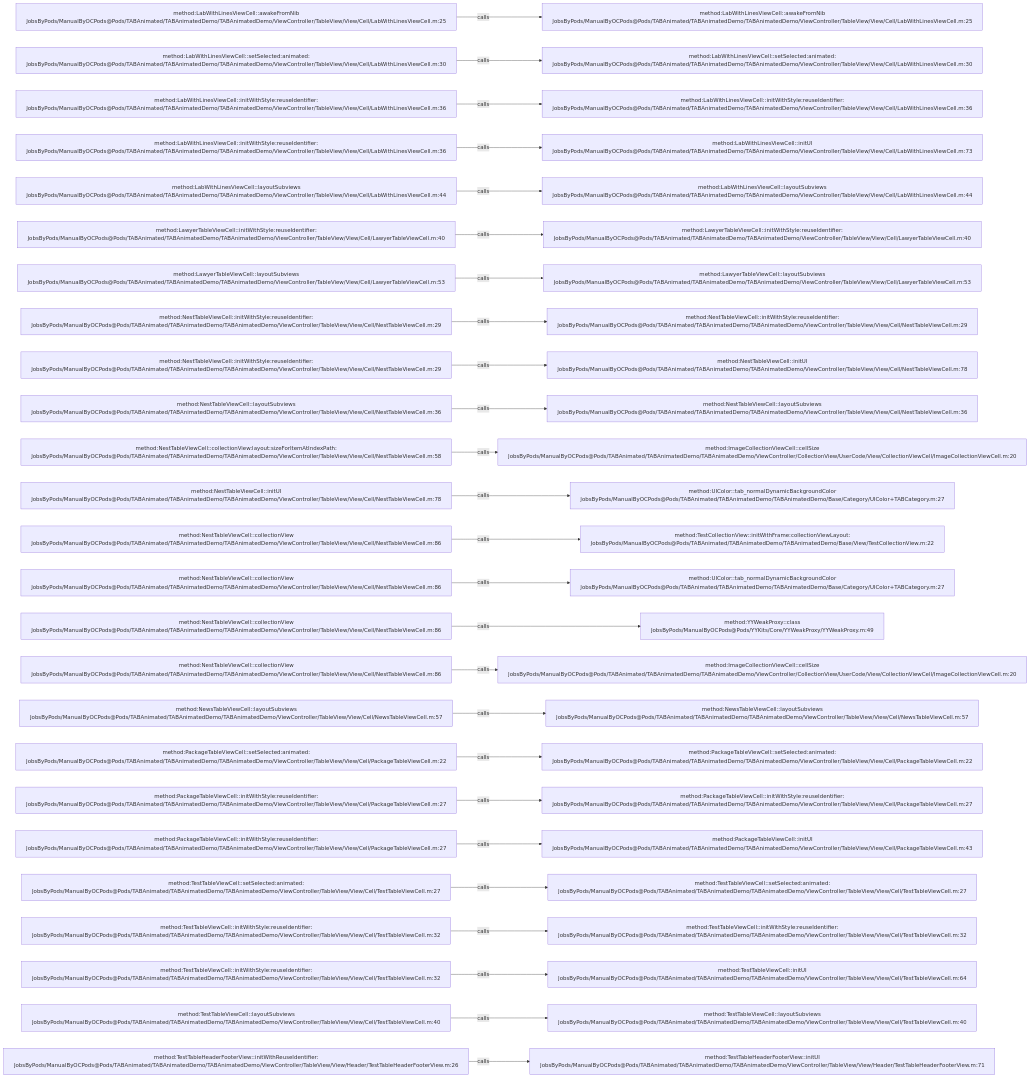
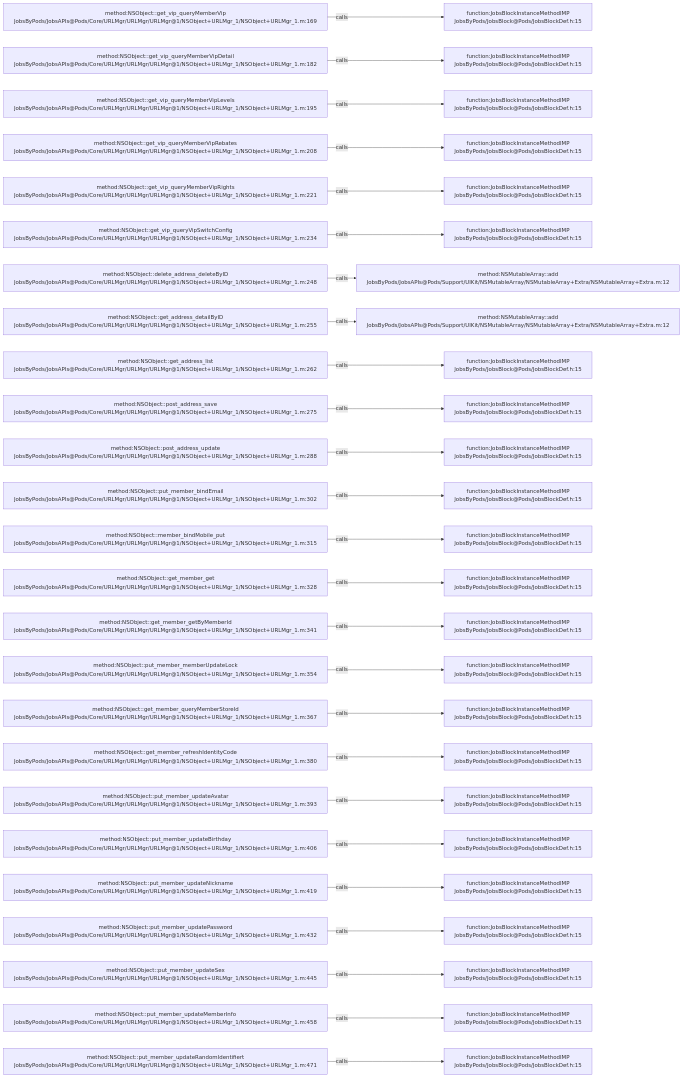
One commit to JobsKits/JobsOCBaseConfigDemo changed the diagram in .codegraph/codegraph.md/graphs/calls-054.md. Above: the diagram before and after it, drawn with Mermaid. The commit also changed 768 other files, not shown here.

````diff
--- a/.codegraph/codegraph.md/graphs/calls-054.md
+++ b/.codegraph/codegraph.md/graphs/calls-054.md
@@ -13,78 +13,78 @@
 ```mermaid
 flowchart LR
-  S1["method:LabWithLinesViewCell::awakeFromNib<br/>JobsByPods/ManualByOCPods@Pods/TABAnimated/TABAnimatedDemo/TABAnimatedDemo/ViewController/TableView/View/Cell/LabWithLinesViewCell.m:25"]
-  T1["method:LabWithLinesViewCell::awakeFromNib<br/>JobsByPods/ManualByOCPods@Pods/TABAnimated/TABAnimatedDemo/TABAnimatedDemo/ViewController/TableView/View/Cell/LabWithLinesViewCell.m:25"]
+  S1["method:NSObject::get_vip_queryMemberVip<br/>JobsByPods/JobsAPIs@Pods/Core/URLMgr/URLMgr/URLMgr@1/NSObject+URLMgr_1/NSObject+URLMgr_1.m:169"]
+  T1["function:JobsBlockInstanceMethodIMP<br/>JobsByPods/JobsBlock@Pods/JobsBlockDef.h:15"]
   S1 -->|calls| T1
-  S2["method:LabWithLinesViewCell::setSelected:animated:<br/>JobsByPods/ManualByOCPods@Pods/TABAnimated/TABAnimatedDemo/TABAnimatedDemo/ViewController/TableView/View/Cell/LabWithLinesViewCell.m:30"]
-  T2["method:LabWithLinesViewCell::setSelected:animated:<br/>JobsByPods/ManualByOCPods@Pods/TABAnimated/TABAnimatedDemo/TABAnimatedDemo/ViewController/TableView/View/Cell/LabWithLinesViewCell.m:30"]
+  S2["method:NSObject::get_vip_queryMemberVipDetail<br/>JobsByPods/JobsAPIs@Pods/Core/URLMgr/URLMgr/URLMgr@1/NSObject+URLMgr_1/NSObject+URLMgr_1.m:182"]
+  T2["function:JobsBlockInstanceMethodIMP<br/>JobsByPods/JobsBlock@Pods/JobsBlockDef.h:15"]
   S2 -->|calls| T2
-  S3["method:LabWithLinesViewCell::initWithStyle:reuseIdentifier:<br/>JobsByPods/ManualByOCPods@Pods/TABAnimated/TABAnimatedDemo/TABAnimatedDemo/ViewController/TableView/View/Cell/LabWithLinesViewCell.m:36"]
-  T3["method:LabWithLinesViewCell::initWithStyle:reuseIdentifier:<br/>JobsByPods/ManualByOCPods@Pods/TABAnimated/TABAnimatedDemo/TABAnimatedDemo/ViewController/TableView/View/Cell/LabWithLinesViewCell.m:36"]
+  S3["method:NSObject::get_vip_queryMemberVipLevels<br/>JobsByPods/JobsAPIs@Pods/Core/URLMgr/URLMgr/URLMgr@1/NSObject+URLMgr_1/NSObject+URLMgr_1.m:195"]
+  T3["function:JobsBlockInstanceMethodIMP<br/>JobsByPods/JobsBlock@Pods/JobsBlockDef.h:15"]
   S3 -->|calls| T3
-  S4["method:LabWithLinesViewCell::initWithStyle:reuseIdentifier:<br/>JobsByPods/ManualByOCPods@Pods/TABAnimated/TABAnimatedDemo/TABAnimatedDemo/ViewController/TableView/View/Cell/LabWithLinesViewCell.m:36"]
-  T4["method:LabWithLinesViewCell::initUI<br/>JobsByPods/ManualByOCPods@Pods/TABAnimated/TABAnimatedDemo/TABAnimatedDemo/ViewController/TableView/View/Cell/LabWithLinesViewCell.m:73"]
+  S4["method:NSObject::get_vip_queryMemberVipRebates<br/>JobsByPods/JobsAPIs@Pods/Core/URLMgr/URLMgr/URLMgr@1/NSObject+URLMgr_1/NSObject+URLMgr_1.m:208"]
+  T4["function:JobsBlockInstanceMethodIMP<br/>JobsByPods/JobsBlock@Pods/JobsBlockDef.h:15"]
   S4 -->|calls| T4
-  S5["method:LabWithLinesViewCell::layoutSubviews<br/>JobsByPods/ManualByOCPods@Pods/TABAnimated/TABAnimatedDemo/TABAnimatedDemo/ViewController/TableView/View/Cell/LabWithLinesViewCell.m:44"]
-  T5["method:LabWithLinesViewCell::layoutSubviews<br/>JobsByPods/ManualByOCPods@Pods/TABAnimated/TABAnimatedDemo/TABAnimatedDemo/ViewController/TableView/View/Cell/LabWithLinesViewCell.m:44"]
+  S5["method:NSObject::get_vip_queryMemberVipRights<br/>JobsByPods/JobsAPIs@Pods/Core/URLMgr/URLMgr/URLMgr@1/NSObject+URLMgr_1/NSObject+URLMgr_1.m:221"]
+  T5["function:JobsBlockInstanceMethodIMP<br/>JobsByPods/JobsBlock@Pods/JobsBlockDef.h:15"]
   S5 -->|calls| T5
-  S6["method:LawyerTableViewCell::initWithStyle:reuseIdentifier:<br/>JobsByPods/ManualByOCPods@Pods/TABAnimated/TABAnimatedDemo/TABAnimatedDemo/ViewController/TableView/View/Cell/LawyerTableViewCell.m:40"]
-  T6["method:LawyerTableViewCell::initWithStyle:reuseIdentifier:<br/>JobsByPods/ManualByOCPods@Pods/TABAnimated/TABAnimatedDemo/TABAnimatedDemo/ViewController/TableView/View/Cell/LawyerTableViewCell.m:40"]
+  S6["method:NSObject::get_vip_queryVipSwitchConfig<br/>JobsByPods/JobsAPIs@Pods/Core/URLMgr/URLMgr/URLMgr@1/NSObject+URLMgr_1/NSObject+URLMgr_1.m:234"]
+  T6["function:JobsBlockInstanceMethodIMP<br/>JobsByPods/JobsBlock@Pods/JobsBlockDef.h:15"]
   S6 -->|calls| T6
-  S7["method:LawyerTableViewCell::layoutSubviews<br/>JobsByPods/ManualByOCPods@Pods/TABAnimated/TABAnimatedDemo/TABAnimatedDemo/ViewController/TableView/View/Cell/LawyerTableViewCell.m:53"]
-  T7["method:LawyerTableViewCell::layoutSubviews<br/>JobsByPods/ManualByOCPods@Pods/TABAnimated/TABAnimatedDemo/TABAnimatedDemo/ViewController/TableView/View/Cell/LawyerTableViewCell.m:53"]
+  S7["method:NSObject::delete_address_deleteByID<br/>JobsByPods/JobsAPIs@Pods/Core/URLMgr/URLMgr/URLMgr@1/NSObject+URLMgr_1/NSObject+URLMgr_1.m:248"]
+  T7["method:NSMutableArray::add<br/>JobsByPods/JobsAPIs@Pods/Support/UIKit/NSMutableArray/NSMutableArray+Extra/NSMutableArray+Extra.m:12"]
   S7 -->|calls| T7
-  S8["method:NestTableViewCell::initWithStyle:reuseIdentifier:<br/>JobsByPods/ManualByOCPods@Pods/TABAnimated/TABAnimatedDemo/TABAnimatedDemo/ViewController/TableView/View/Cell/NestTableViewCell.m:29"]
-  T8["method:NestTableViewCell::initWithStyle:reuseIdentifier:<br/>JobsByPods/ManualByOCPods@Pods/TABAnimated/TABAnimatedDemo/TABAnimatedDemo/ViewController/TableView/View/Cell/NestTableViewCell.m:29"]
+  S8["method:NSObject::get_address_detailByID<br/>JobsByPods/JobsAPIs@Pods/Core/URLMgr/URLMgr/URLMgr@1/NSObject+URLMgr_1/NSObject+URLMgr_1.m:255"]
+  T8["method:NSMutableArray::add<br/>JobsByPods/JobsAPIs@Pods/Support/UIKit/NSMutableArray/NSMutableArray+Extra/NSMutableArray+Extra.m:12"]
   S8 -->|calls| T8
-  S9["method:NestTableViewCell::initWithStyle:reuseIdentifier:<br/>JobsByPods/ManualByOCPods@Pods/TABAnimated/TABAnimatedDemo/TABAnimatedDemo/ViewController/TableView/View/Cell/NestTableViewCell.m:29"]
-  T9["method:NestTableViewCell::initUI<br/>JobsByPods/ManualByOCPods@Pods/TABAnimated/TABAnimatedDemo/TABAnimatedDemo/ViewController/TableView/View/Cell/NestTableViewCell.m:78"]
+  S9["method:NSObject::get_address_list<br/>JobsByPods/JobsAPIs@Pods/Core/URLMgr/URLMgr/URLMgr@1/NSObject+URLMgr_1/NSObject+URLMgr_1.m:262"]
+  T9["function:JobsBlockInstanceMethodIMP<br/>JobsByPods/JobsBlock@Pods/JobsBlockDef.h:15"]
   S9 -->|calls| T9
-  S10["method:NestTableViewCell::layoutSubviews<br/>JobsByPods/ManualByOCPods@Pods/TABAnimated/TABAnimatedDemo/TABAnimatedDemo/ViewController/TableView/View/Cell/NestTableViewCell.m:36"]
-  T10["method:NestTableViewCell::layoutSubviews<br/>JobsByPods/ManualByOCPods@Pods/TABAnimated/TABAnimatedDemo/TABAnimatedDemo/ViewController/TableView/View/Cell/NestTableViewCell.m:36"]
+  S10["method:NSObject::post_address_save<br/>JobsByPods/JobsAPIs@Pods/Core/URLMgr/URLMgr/URLMgr@1/NSObject+URLMgr_1/NSObject+URLMgr_1.m:275"]
+  T10["function:JobsBlockInstanceMethodIMP<br/>JobsByPods/JobsBlock@Pods/JobsBlockDef.h:15"]
   S10 -->|calls| T10
-  S11["method:NestTableViewCell::collectionView:layout:sizeForItemAtIndexPath:<br/>JobsByPods/ManualByOCPods@Pods/TABAnimated/TABAnimatedDemo/TABAnimatedDemo/ViewController/TableView/View/Cell/NestTableViewCell.m:58"]
-  T11["method:ImageCollectionViewCell::cellSize<br/>JobsByPods/ManualByOCPods@Pods/TABAnimated/TABAnimatedDemo/TABAnimatedDemo/ViewController/CollectionView/UserCode/View/CollectionViewCell/ImageCollectionViewCell.m:20"]
+  S11["method:NSObject::post_address_update<br/>JobsByPods/JobsAPIs@Pods/Core/URLMgr/URLMgr/URLMgr@1/NSObject+URLMgr_1/NSObject+URLMgr_1.m:288"]
+  T11["function:JobsBlockInstanceMethodIMP<br/>JobsByPods/JobsBlock@Pods/JobsBlockDef.h:15"]
   S11 -->|calls| T11
-  S12["method:NestTableViewCell::initUI<br/>JobsByPods/ManualByOCPods@Pods/TABAnimated/TABAnimatedDemo/TABAnimatedDemo/ViewController/TableView/View/Cell/NestTableViewCell.m:78"]
-  T12["method:UIColor::tab_normalDynamicBackgroundColor<br/>JobsByPods/ManualByOCPods@Pods/TABAnimated/TABAnimatedDemo/TABAnimatedDemo/Base/Category/UIColor+TABCategory.m:27"]
+  S12["method:NSObject::put_member_bindEmail<br/>JobsByPods/JobsAPIs@Pods/Core/URLMgr/URLMgr/URLMgr@1/NSObject+URLMgr_1/NSObject+URLMgr_1.m:302"]
+  T12["function:JobsBlockInstanceMethodIMP<br/>JobsByPods/JobsBlock@Pods/JobsBlockDef.h:15"]
   S12 -->|calls| T12
-  S13["method:NestTableViewCell::collectionView<br/>JobsByPods/ManualByOCPods@Pods/TABAnimated/TABAnimatedDemo/TABAnimatedDemo/ViewController/TableView/View/Cell/NestTableViewCell.m:86"]
-  T13["method:TestCollectionView::initWithFrame:collectionViewLayout:<br/>JobsByPods/ManualByOCPods@Pods/TABAnimated/TABAnimatedDemo/TABAnimatedDemo/Base/View/TestCollectionView.m:22"]
+  S13["method:NSObject::member_bindMobile_put<br/>JobsByPods/JobsAPIs@Pods/Core/URLMgr/URLMgr/URLMgr@1/NSObject+URLMgr_1/NSObject+URLMgr_1.m:315"]
+  T13["function:JobsBlockInstanceMethodIMP<br/>JobsByPods/JobsBlock@Pods/JobsBlockDef.h:15"]
   S13 -->|calls| T13
-  S14["method:NestTableViewCell::collectionView<br/>JobsByPods/ManualByOCPods@Pods/TABAnimated/TABAnimatedDemo/TABAnimatedDemo/ViewController/TableView/View/Cell/NestTableViewCell.m:86"]
-  T14["method:UIColor::tab_normalDynamicBackgroundColor<br/>JobsByPods/ManualByOCPods@Pods/TABAnimated/TABAnimatedDemo/TABAnimatedDemo/Base/Category/UIColor+TABCategory.m:27"]
+  S14["method:NSObject::get_member_get<br/>JobsByPods/JobsAPIs@Pods/Core/URLMgr/URLMgr/URLMgr@1/NSObject+URLMgr_1/NSObject+URLMgr_1.m:328"]
+  T14["function:JobsBlockInstanceMethodIMP<br/>JobsByPods/JobsBlock@Pods/JobsBlockDef.h:15"]
   S14 -->|calls| T14
-  S15["method:NestTableViewCell::collectionView<br/>JobsByPods/ManualByOCPods@Pods/TABAnimated/TABAnimatedDemo/TABAnimatedDemo/ViewController/TableView/View/Cell/NestTableViewCell.m:86"]
-  T15["method:YYWeakProxy::class<br/>JobsByPods/ManualByOCPods@Pods/YYKits/Core/YYWeakProxy/YYWeakProxy.m:49"]
+  S15["method:NSObject::get_member_getByMemberId<br/>JobsByPods/JobsAPIs@Pods/Core/URLMgr/URLMgr/URLMgr@1/NSObject+URLMgr_1/NSObject+URLMgr_1.m:341"]
+  T15["function:JobsBlockInstanceMethodIMP<br/>JobsByPods/JobsBlock@Pods/JobsBlockDef.h:15"]
   S15 -->|calls| T15
-  S16["method:NestTableViewCell::collectionView<br/>JobsByPods/ManualByOCPods@Pods/TABAnimated/TABAnimatedDemo/TABAnimatedDemo/ViewController/TableView/View/Cell/NestTableViewCell.m:86"]
-  T16["method:ImageCollectionViewCell::cellSize<br/>JobsByPods/ManualByOCPods@Pods/TABAnimated/TABAnimatedDemo/TABAnimatedDemo/ViewController/CollectionView/UserCode/View/CollectionViewCell/ImageCollectionViewCell.m:20"]
+  S16["method:NSObject::put_member_memberUpdateLock<br/>JobsByPods/JobsAPIs@Pods/Core/URLMgr/URLMgr/URLMgr@1/NSObject+URLMgr_1/NSObject+URLMgr_1.m:354"]
+  T16["function:JobsBlockInstanceMethodIMP<br/>JobsByPods/JobsBlock@Pods/JobsBlockDef.h:15"]
   S16 -->|calls| T16
-  S17["method:NewsTableViewCell::layoutSubviews<br/>JobsByPods/ManualByOCPods@Pods/TABAnimated/TABAnimatedDemo/TABAnimatedDemo/ViewController/TableView/View/Cell/NewsTableViewCell.m:57"]
-  T17["method:NewsTableViewCell::layoutSubviews<br/>JobsByPods/ManualByOCPods@Pods/TABAnimated/TABAnimatedDemo/TABAnimatedDemo/ViewController/TableView/View/Cell/NewsTableViewCell.m:57"]
+  S17["method:NSObject::get_member_queryMemberStoreId<br/>JobsByPods/JobsAPIs@Pods/Core/URLMgr/URLMgr/URLMgr@1/NSObject+URLMgr_1/NSObject+URLMgr_1.m:367"]
+  T17["function:JobsBlockInstanceMethodIMP<br/>JobsByPods/JobsBlock@Pods/JobsBlockDef.h:15"]
   S17 -->|calls| T17
-  S18["method:PackageTableViewCell::setSelected:animated:<br/>JobsByPods/ManualByOCPods@Pods/TABAnimated/TABAnimatedDemo/TABAnimatedDemo/ViewController/TableView/View/Cell/PackageTableViewCell.m:22"]
-  T18["method:PackageTableViewCell::setSelected:animated:<br/>JobsByPods/ManualByOCPods@Pods/TABAnimated/TABAnimatedDemo/TABAnimatedDemo/ViewController/TableView/View/Cell/PackageTableViewCell.m:22"]
+  S18["method:NSObject::get_member_refreshIdentityCode<br/>JobsByPods/JobsAPIs@Pods/Core/URLMgr/URLMgr/URLMgr@1/NSObject+URLMgr_1/NSObject+URLMgr_1.m:380"]
+  T18["function:JobsBlockInstanceMethodIMP<br/>JobsByPods/JobsBlock@Pods/JobsBlockDef.h:15"]
   S18 -->|calls| T18
-  S19["method:PackageTableViewCell::initWithStyle:reuseIdentifier:<br/>JobsByPods/ManualByOCPods@Pods/TABAnimated/TABAnimatedDemo/TABAnimatedDemo/ViewController/TableView/View/Cell/PackageTableViewCell.m:27"]
-  T19["method:PackageTableViewCell::initWithStyle:reuseIdentifier:<br/>JobsByPods/ManualByOCPods@Pods/TABAnimated/TABAnimatedDemo/TABAnimatedDemo/ViewController/TableView/View/Cell/PackageTableViewCell.m:27"]
+  S19["method:NSObject::put_member_updateAvatar<br/>JobsByPods/JobsAPIs@Pods/Core/URLMgr/URLMgr/URLMgr@1/NSObject+URLMgr_1/NSObject+URLMgr_1.m:393"]
+  T19["function:JobsBlockInstanceMethodIMP<br/>JobsByPods/JobsBlock@Pods/JobsBlockDef.h:15"]
   S19 -->|calls| T19
-  S20["method:PackageTableViewCell::initWithStyle:reuseIdentifier:<br/>JobsByPods/ManualByOCPods@Pods/TABAnimated/TABAnimatedDemo/TABAnimatedDemo/ViewController/TableView/View/Cell/PackageTableViewCell.m:27"]
-  T20["method:PackageTableViewCell::initUI<br/>JobsByPods/ManualByOCPods@Pods/TABAnimated/TABAnimatedDemo/TABAnimatedDemo/ViewController/TableView/View/Cell/PackageTableViewCell.m:43"]
+  S20["method:NSObject::put_member_updateBirthday<br/>JobsByPods/JobsAPIs@Pods/Core/URLMgr/URLMgr/URLMgr@1/NSObject+URLMgr_1/NSObject+URLMgr_1.m:406"]
+  T20["function:JobsBlockInstanceMethodIMP<br/>JobsByPods/JobsBlock@Pods/JobsBlockDef.h:15"]
   S20 -->|calls| T20
-  S21["method:TestTableViewCell::setSelected:animated:<br/>JobsByPods/ManualByOCPods@Pods/TABAnimated/TABAnimatedDemo/TABAnimatedDemo/ViewController/TableView/View/Cell/TestTableViewCell.m:27"]
-  T21["method:TestTableViewCell::setSelected:animated:<br/>JobsByPods/ManualByOCPods@Pods/TABAnimated/TABAnimatedDemo/TABAnimatedDemo/ViewController/TableView/View/Cell/TestTableViewCell.m:27"]
+  S21["method:NSObject::put_member_updateNickname<br/>JobsByPods/JobsAPIs@Pods/Core/URLMgr/URLMgr/URLMgr@1/NSObject+URLMgr_1/NSObject+URLMgr_1.m:419"]
+  T21["function:JobsBlockInstanceMethodIMP<br/>JobsByPods/JobsBlock@Pods/JobsBlockDef.h:15"]
   S21 -->|calls| T21
-  S22["method:TestTableViewCell::initWithStyle:reuseIdentifier:<br/>JobsByPods/ManualByOCPods@Pods/TABAnimated/TABAnimatedDemo/TABAnimatedDemo/ViewController/TableView/View/Cell/TestTableViewCell.m:32"]
-  T22["method:TestTableViewCell::initWithStyle:reuseIdentifier:<br/>JobsByPods/ManualByOCPods@Pods/TABAnimated/TABAnimatedDemo/TABAnimatedDemo/ViewController/TableView/View/Cell/TestTableViewCell.m:32"]
+  S22["method:NSObject::put_member_updatePassword<br/>JobsByPods/JobsAPIs@Pods/Core/URLMgr/URLMgr/URLMgr@1/NSObject+URLMgr_1/NSObject+URLMgr_1.m:432"]
+  T22["function:JobsBlockInstanceMethodIMP<br/>JobsByPods/JobsBlock@Pods/JobsBlockDef.h:15"]
   S22 -->|calls| T22
-  S23["method:TestTableViewCell::initWithStyle:reuseIdentifier:<br/>JobsByPods/ManualByOCPods@Pods/TABAnimated/TABAnimatedDemo/TABAnimatedDemo/ViewController/TableView/View/Cell/TestTableViewCell.m:32"]
-  T23["method:TestTableViewCell::initUI<br/>JobsByPods/ManualByOCPods@Pods/TABAnimated/TABAnimatedDemo/TABAnimatedDemo/ViewController/TableView/View/Cell/TestTableViewCell.m:64"]
+  S23["method:NSObject::put_member_updateSex<br/>JobsByPods/JobsAPIs@Pods/Core/URLMgr/URLMgr/URLMgr@1/NSObject+URLMgr_1/NSObject+URLMgr_1.m:445"]
+  T23["function:JobsBlockInstanceMethodIMP<br/>JobsByPods/JobsBlock@Pods/JobsBlockDef.h:15"]
   S23 -->|calls| T23
-  S24["method:TestTableViewCell::layoutSubviews<br/>JobsByPods/ManualByOCPods@Pods/TABAnimated/TABAnimatedDemo/TABAnimatedDemo/ViewController/TableView/View/Cell/TestTableViewCell.m:40"]
-  T24["method:TestTableViewCell::layoutSubviews<br/>JobsByPods/ManualByOCPods@Pods/TABAnimated/TABAnimatedDemo/TABAnimatedDemo/ViewController/TableView/View/Cell/TestTableViewCell.m:40"]
+  S24["method:NSObject::put_member_updateMemberInfo<br/>JobsByPods/JobsAPIs@Pods/Core/URLMgr/URLMgr/URLMgr@1/NSObject+URLMgr_1/NSObject+URLMgr_1.m:458"]
+  T24["function:JobsBlockInstanceMethodIMP<br/>JobsByPods/JobsBlock@Pods/JobsBlockDef.h:15"]
   S24 -->|calls| T24
-  S25["method:TestTableHeaderFooterView::initWithReuseIdentifier:<br/>JobsByPods/ManualByOCPods@Pods/TABAnimated/TABAnimatedDemo/TABAnimatedDemo/ViewController/TableView/View/Header/TestTableHeaderFooterView.m:26"]
-  T25["method:TestTableHeaderFooterView::initUI<br/>JobsByPods/ManualByOCPods@Pods/TABAnimated/TABAnimatedDemo/TABAnimatedDemo/ViewController/TableView/View/Header/TestTableHeaderFooterView.m:71"]
+  S25["method:NSObject::put_member_updateRandomIdentifiert<br/>JobsByPods/JobsAPIs@Pods/Core/URLMgr/URLMgr/URLMgr@1/NSObject+URLMgr_1/NSObject+URLMgr_1.m:471"]
+  T25["function:JobsBlockInstanceMethodIMP<br/>JobsByPods/JobsBlock@Pods/JobsBlockDef.h:15"]
   S25 -->|calls| T25
 ```
````
